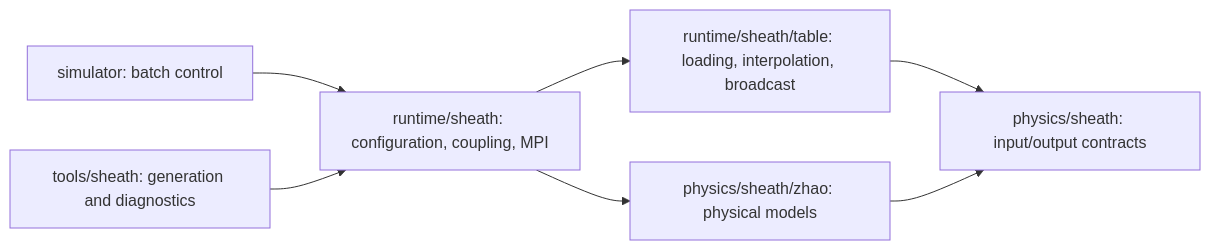
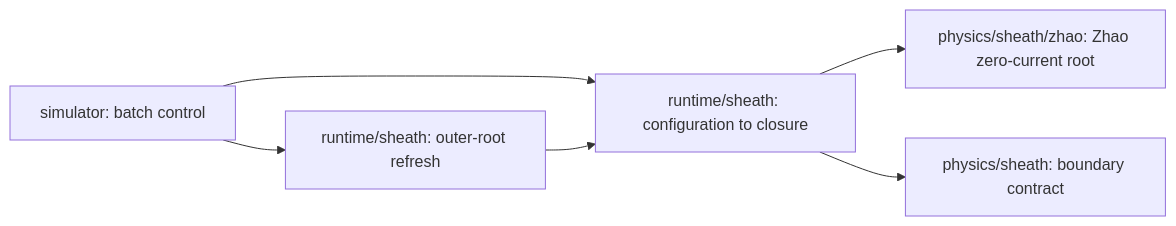
The second of 2 diagrams in docs/Architecture.en.md (Nkzono99/BEACH), drawn with Mermaid before and after one commit. The commit also changed other lines of this file and 143 other files, not shown here.

````diff
--- a/docs/Architecture.en.md
+++ b/docs/Architecture.en.md
@@ -190,9 +179,8 @@
 ```mermaid
 flowchart LR
-  simulator["simulator: batch control"] --> runtime["runtime/sheath: configuration, coupling, MPI"]
-  tools["tools/sheath: generation and diagnostics"] --> runtime
-  runtime --> table["runtime/sheath/table: loading, interpolation, broadcast"]
-  runtime --> zhao["physics/sheath/zhao: physical models"]
-  table --> contract["physics/sheath: input/output contracts"]
-  zhao --> contract
+  simulator["simulator: batch control"] --> refresh["runtime/sheath: outer-root refresh"]
+  simulator --> model["runtime/sheath: configuration to closure"]
+  refresh --> model
+  model --> zhao["physics/sheath/zhao: Zhao zero-current root"]
+  model --> contract["physics/sheath: boundary contract"]
 ```
````
